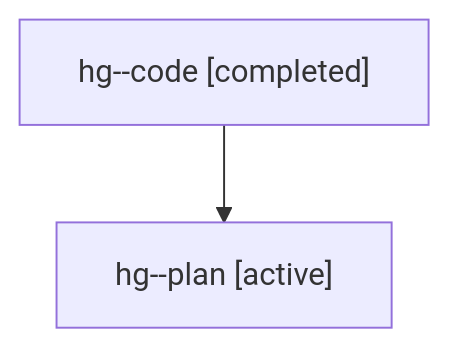
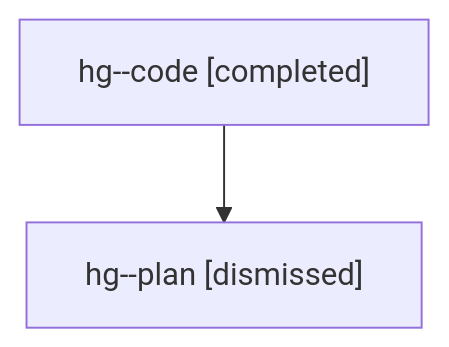
One commit to sase-org/sase--agents changed the diagram in sessions/bbugyi200.athena.hg.md. Above: the diagram before and after it, drawn with Mermaid. The commit also changed other lines of this file and 37 other files, not shown here.

````diff
--- a/sessions/bbugyi200.athena.hg.md
+++ b/sessions/bbugyi200.athena.hg.md
@@ -9,6 +9,6 @@
 ```mermaid
 flowchart TD
   n0["hg--code [completed]"]
-  n1["hg--plan [active]"]
+  n1["hg--plan [dismissed]"]
   n0 --> n1
 ```
````
